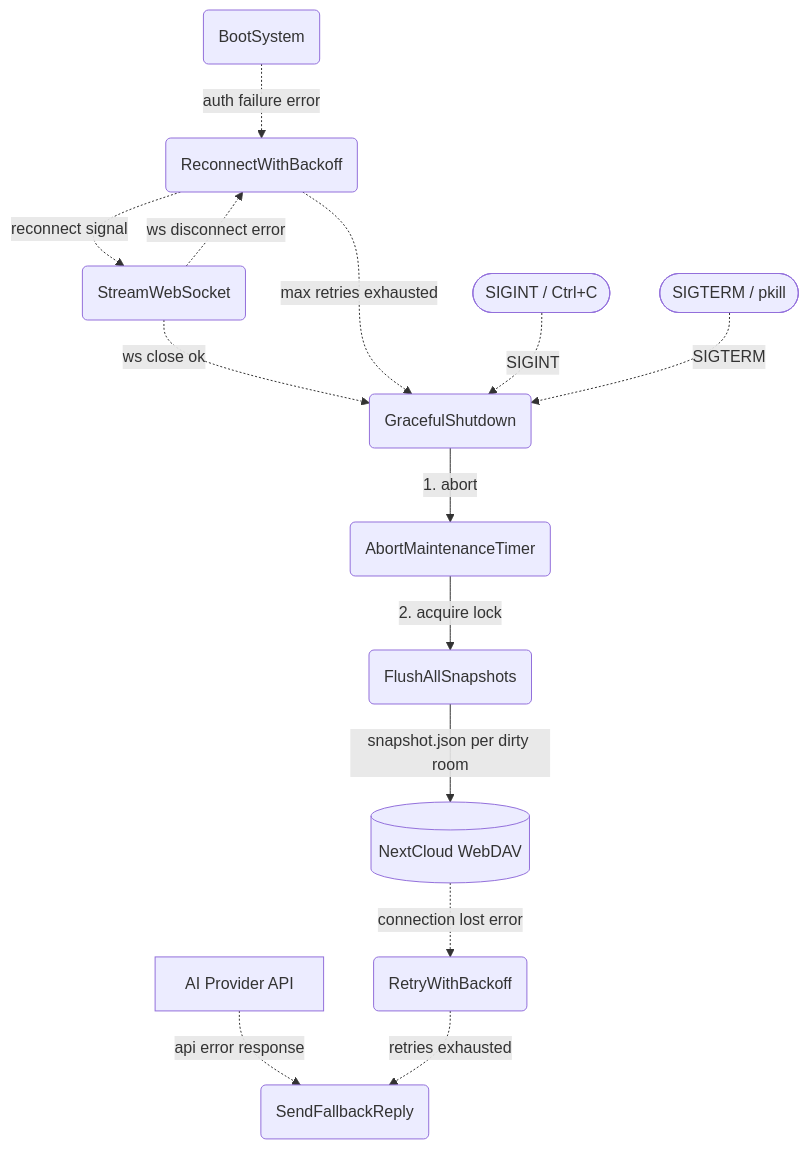
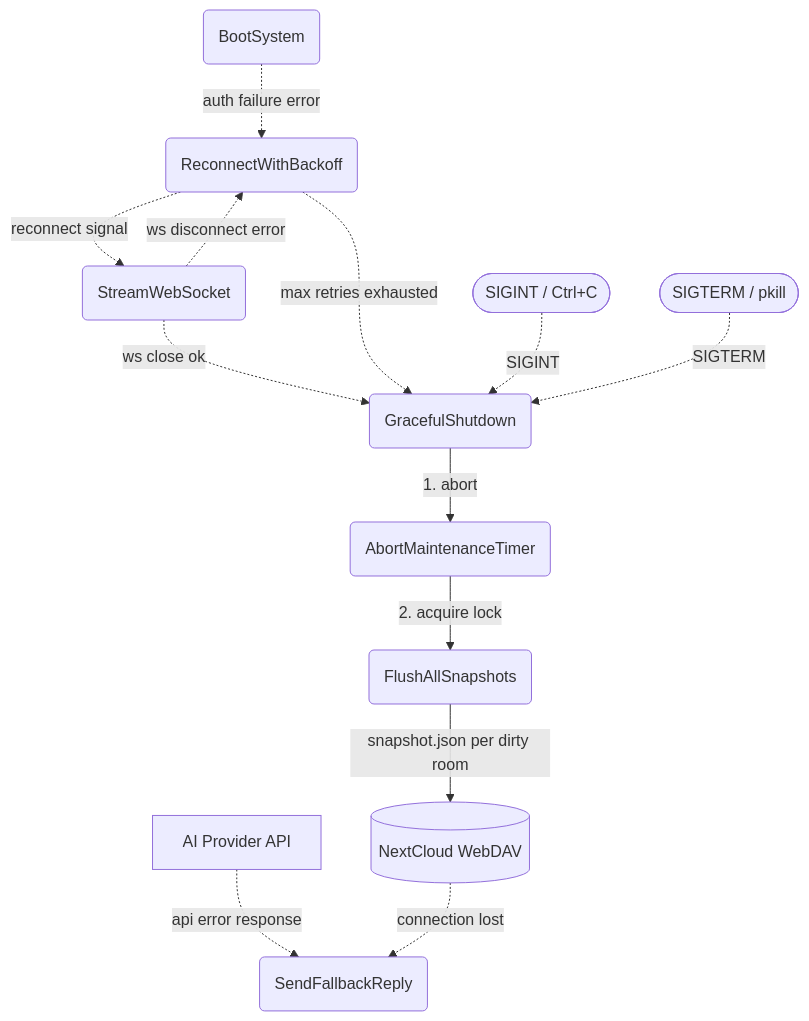
One commit to cosmoswafer/rockbot changed the second of 4 diagrams in _dfds/agent-loop.md. Above: the diagram before and after it, drawn with Mermaid. The commit also changed 6 other files, not shown here.

````diff
--- a/_dfds/agent-loop.md
+++ b/_dfds/agent-loop.md
@@ -80,29 +80,27 @@
 ```mermaid
 flowchart TD
     START(BootSystem)
     WS(StreamWebSocket)
     AI[AI Provider API]
     DAV[(NextCloud WebDAV)]
     RECONNECT(ReconnectWithBackoff)
     FALLBACK(SendFallbackReply)
-    RETRY(RetryWithBackoff)
     SIGINT([SIGINT / Ctrl+C])
     SIGTERM([SIGTERM / pkill])
     SHUTDOWN(GracefulShutdown)
     ABORT_TIMER(AbortMaintenanceTimer)
     FLUSH(FlushAllSnapshots)
 
     START -.->|"auth failure error"| RECONNECT
     WS -.->|"ws disconnect error"| RECONNECT
     WS -.->|"ws close ok"| SHUTDOWN
     RECONNECT -.->|"reconnect signal"| WS
     RECONNECT -.->|"max retries exhausted"| SHUTDOWN
     AI -.->|"api error response"| FALLBACK
-    DAV -.->|"connection lost error"| RETRY
-    RETRY -.->|"retries exhausted"| FALLBACK
+    DAV -.->|"connection lost"| FALLBACK
     SIGINT -.->|"SIGINT"| SHUTDOWN
     SIGTERM -.->|"SIGTERM"| SHUTDOWN
     SHUTDOWN -->|"1. abort"| ABORT_TIMER
     ABORT_TIMER -->|"2. acquire lock"| FLUSH
     FLUSH -->|"snapshot.json per dirty room"| DAV
 ```
````
